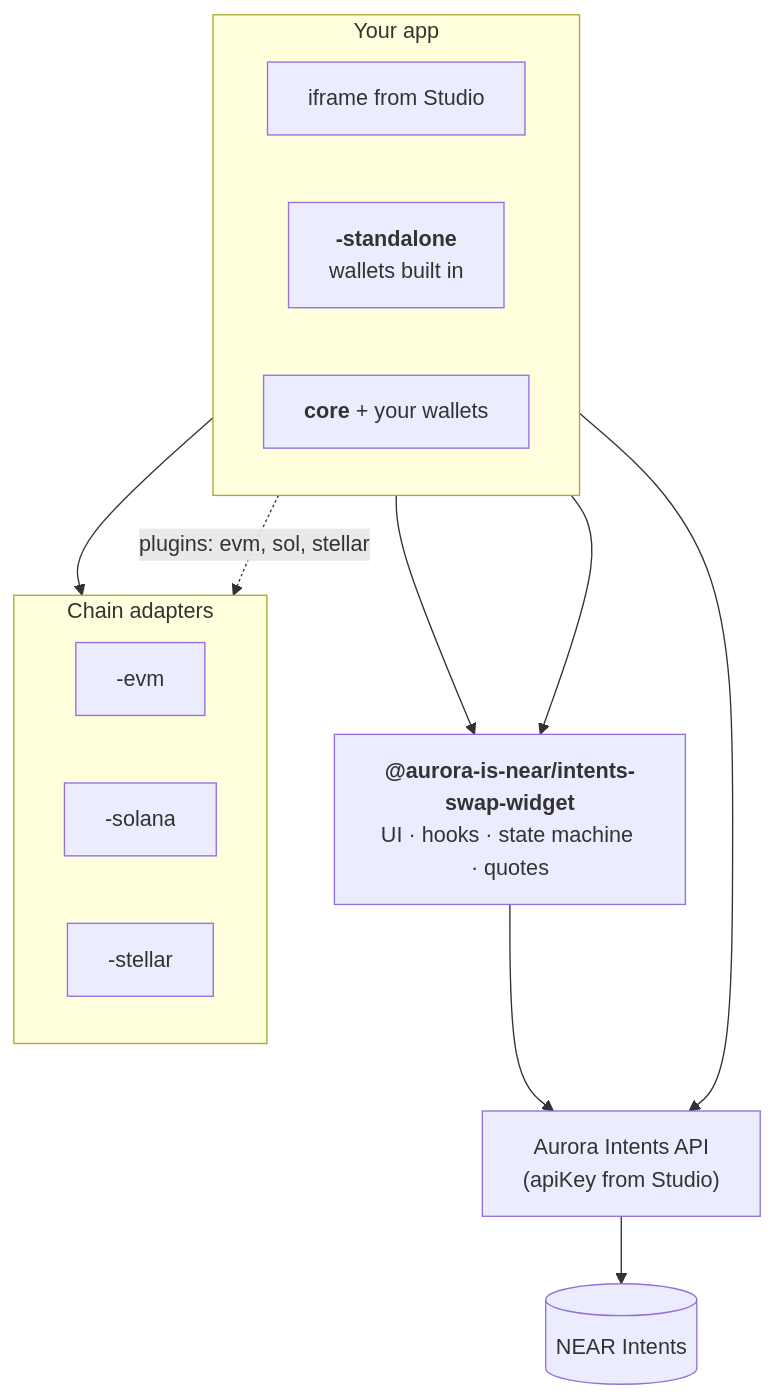
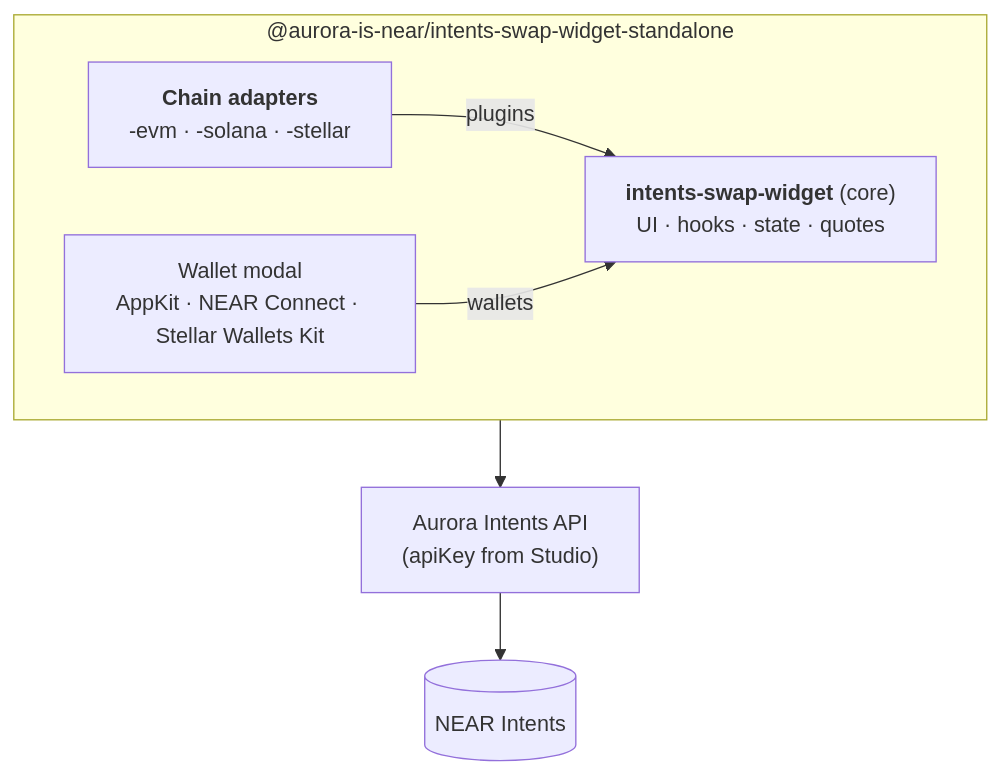
The diagram in README.md (aurora-is-near/intents-swap-widget), drawn with Mermaid before and after one commit. The commit also changed other lines of this file and 2 other files, not shown here.

Commit message:
chore(docs): update readme diagram

````diff
--- a/README.md
+++ b/README.md
@@ -37,24 +37,11 @@
 ```mermaid
 flowchart TB
-    subgraph yourapp [Your app]
+    subgraph SA ["@aurora-is-near/intents-swap-widget-standalone"]
       direction LR
-      IF[iframe from Studio]
-      SA["<b>-standalone</b><br/>wallets built in"]
-      CORE_USE["<b>core</b> + your wallets"]
+      AD["<b>Chain adapters</b><br/>-evm · -solana · -stellar"] -- plugins --> CORE["<b>intents-swap-widget</b> (core)<br/>UI · hooks · state · quotes"]
+      MODAL["Wallet modal<br/>AppKit · NEAR Connect · Stellar Wallets Kit"] -- wallets --> CORE
     end
 
-    SA --> CORE["<b>@aurora-is-near/intents-swap-widget</b><br/>UI · hooks · state machine · quotes"]
-    CORE_USE --> CORE
-    SA --> ADAPTERS
-    CORE_USE -.->|"plugins: evm, sol, stellar"| ADAPTERS
-    subgraph ADAPTERS [Chain adapters]
-      direction LR
-      EVM[-evm]
-      SOL[-solana]
-      XLM[-stellar]
-    end
-
-    CORE --> API["Aurora Intents API<br/>(apiKey from Studio)"]
-    IF --> API
+    SA --> API["Aurora Intents API<br/>(apiKey from Studio)"]
     API --> NI[(NEAR Intents)]
 ```
````
